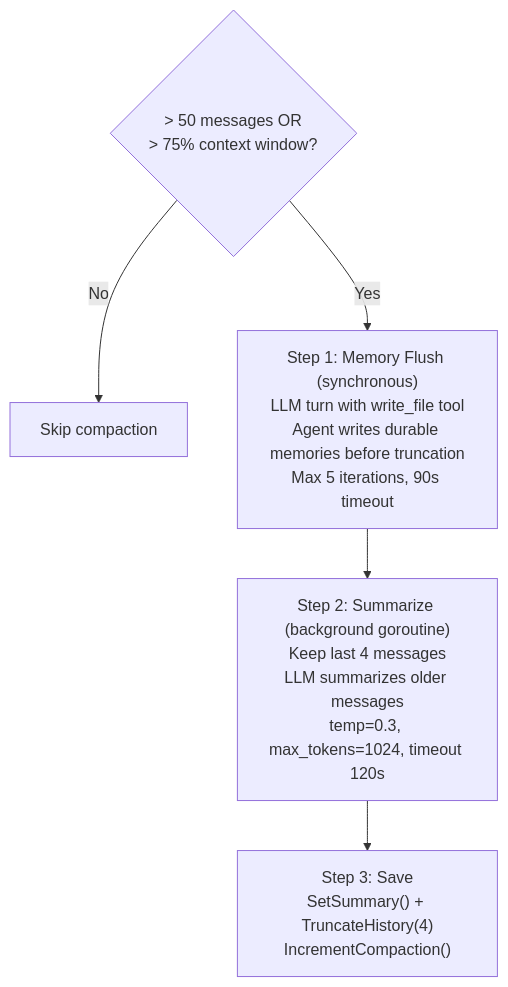
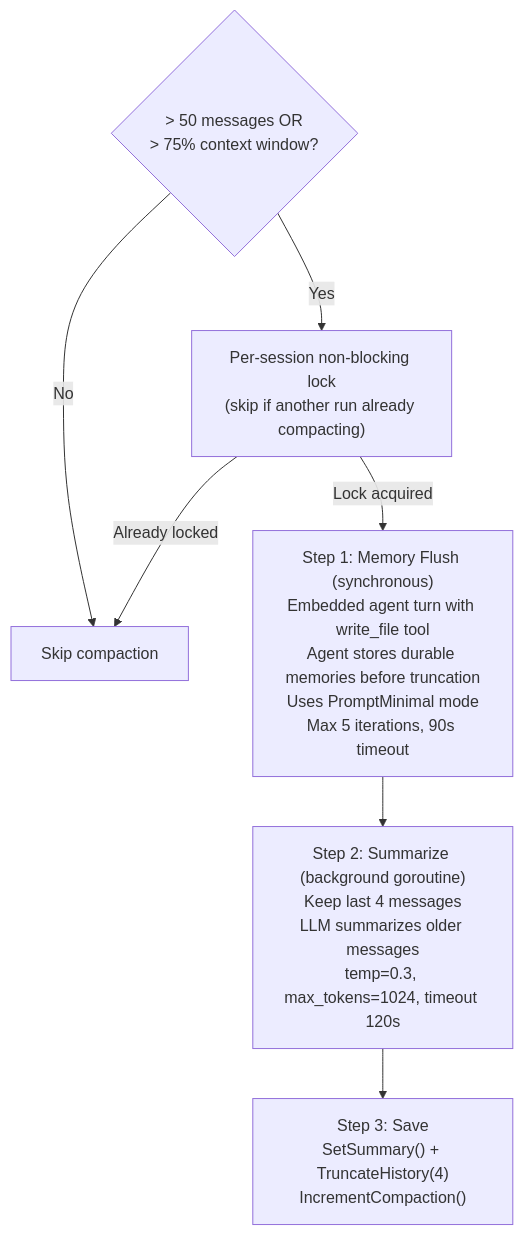
One commit to qkhalk/goclaw changed the fifth of 9 diagrams in docs/01-agent-loop.md. Above: the diagram before and after it, drawn with Mermaid. The commit also changed other lines of this file and 22 other files, not shown here.

````diff
--- a/docs/01-agent-loop.md
+++ b/docs/01-agent-loop.md
@@ -317,14 +336,16 @@
 ```mermaid
 flowchart TD
     CHECK{"> 50 messages OR<br/>> 75% context window?"}
     CHECK -->|No| SKIP[Skip compaction]
-    CHECK -->|Yes| FLUSH
+    CHECK -->|Yes| LOCK["Per-session non-blocking lock<br/>(skip if another run already compacting)"]
+    LOCK -->|Lock acquired| FLUSH
+    LOCK -->|Already locked| SKIP
 
-    FLUSH["Step 1: Memory Flush (synchronous)<br/>LLM turn with write_file tool<br/>Agent writes durable memories before truncation<br/>Max 5 iterations, 90s timeout"]
+    FLUSH["Step 1: Memory Flush (synchronous)<br/>Embedded agent turn with write_file tool<br/>Agent stores durable memories before truncation<br/>Uses PromptMinimal mode<br/>Max 5 iterations, 90s timeout"]
     FLUSH --> SUMMARIZE
 
     SUMMARIZE["Step 2: Summarize (background goroutine)<br/>Keep last 4 messages<br/>LLM summarizes older messages<br/>temp=0.3, max_tokens=1024, timeout 120s"]
     SUMMARIZE --> SAVE
 
     SAVE["Step 3: Save<br/>SetSummary() + TruncateHistory(4)<br/>IncrementCompaction()"]
 ```
````
